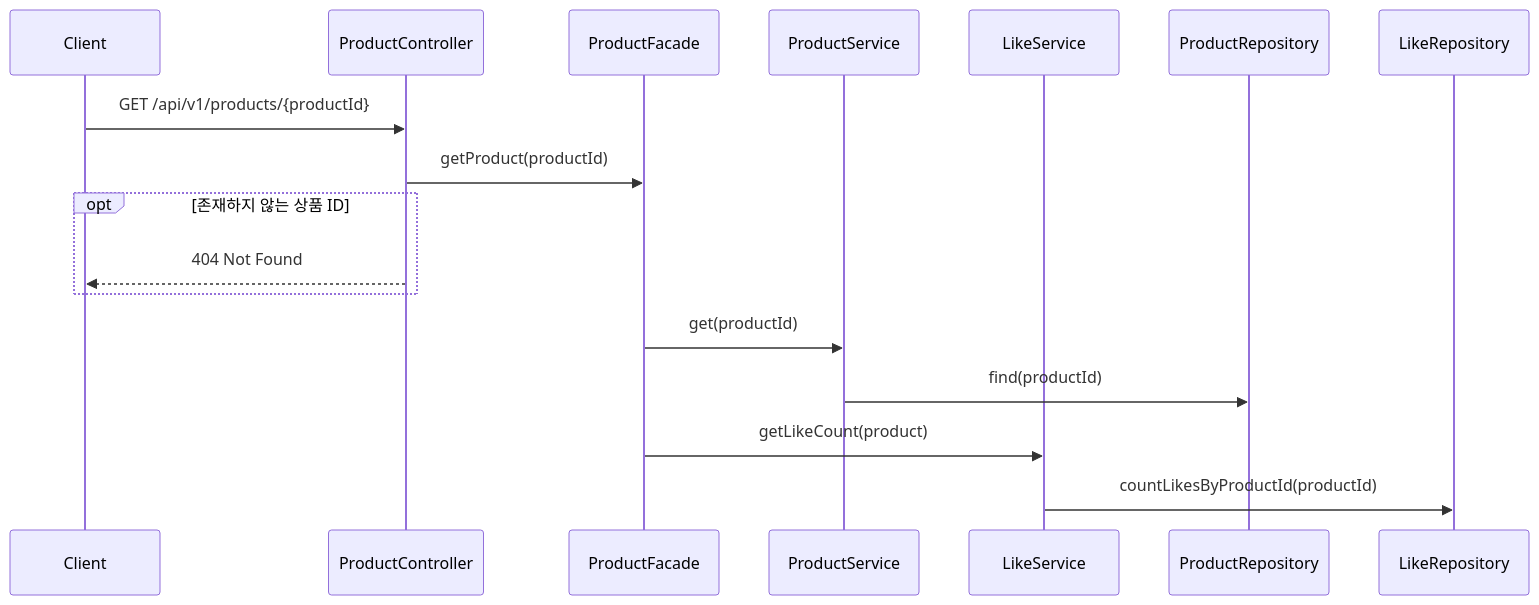
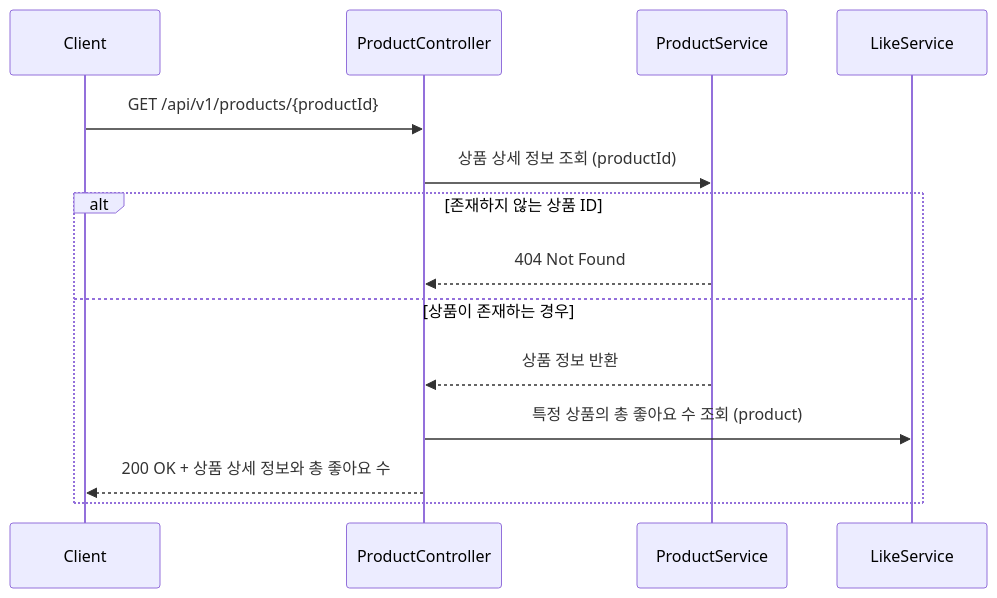
The third of 9 diagrams in docs/design/02-sequence-diagrams.md (dhgu-dev/e-commerce), drawn with Mermaid before and after one commit. The commit also changed other lines of this file and 3 other files, not shown here.

First line of the commit message:
docs: 시퀀스 및 클래스 다이어그램 개선 (#11)

````diff
--- a/docs/design/02-sequence-diagrams.md
+++ b/docs/design/02-sequence-diagrams.md
@@ -70,20 +67,18 @@
 ```mermaid
 sequenceDiagram
-    participant Client
-    participant ProductController
-    participant ProductFacade
-    participant ProductService
-    participant LikeService
-    participant ProductRepository
-    participant LikeRepository
+    participant C as Client
+    participant PC as ProductController
+    participant PS as ProductService
+    participant LS as LikeService
 
-    Client->>ProductController: GET /api/v1/products/{productId}
-    ProductController->>ProductFacade: getProduct(productId)
-    opt 존재하지 않는 상품 ID
-        ProductController-->>Client: 404 Not Found
+
+    C->>PC: GET /api/v1/products/{productId}
+    PC->>PS: 상품 상세 정보 조회 (productId)
+    alt 존재하지 않는 상품 ID
+        PS-->>PC: 404 Not Found
+    else 상품이 존재하는 경우
+        PS-->>PC: 상품 정보 반환
+        PC->>LS: 특정 상품의 총 좋아요 수 조회 (product)
+        PC-->>C: 200 OK + 상품 상세 정보와 총 좋아요 수
     end
-    ProductFacade->>ProductService: get(productId)
-    ProductService->>ProductRepository: find(productId)
-    ProductFacade->>LikeService: getLikeCount(product)
-    LikeService->>LikeRepository: countLikesByProductId(productId)
 ```
````
